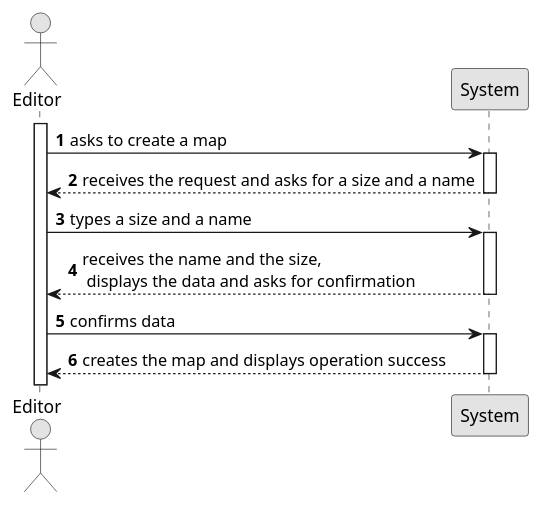
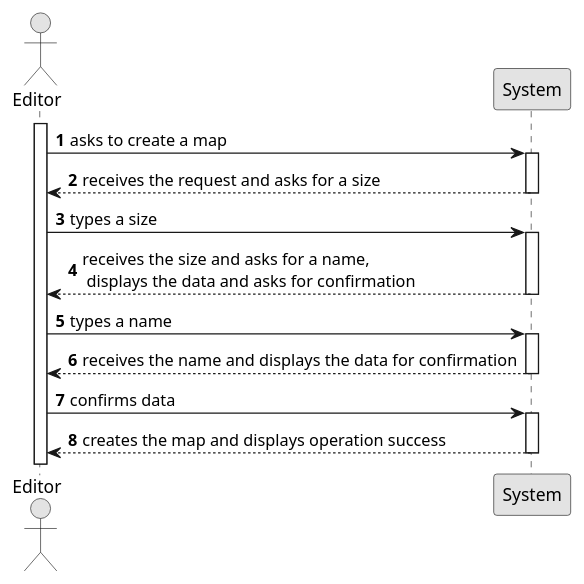
Before and after one commit to 1240935/pi2-railway-simulator: the diagram in Sprint2/US001/01.requirements-engineering/puml/US001-SSD.puml, drawn with PlantUML. The commit also changed 17 other files, not shown here.

```diff
--- a/Sprint2/US001/01.requirements-engineering/puml/US001-SSD.puml
+++ b/Sprint2/US001/01.requirements-engineering/puml/US001-SSD.puml
@@ -1,34 +1,39 @@
 @startuml
 skinparam monochrome true
 skinparam packageStyle rectangle
 skinparam shadowing false
 
 autonumber
 
 actor "Editor" as Editor
 participant "System" as System
 
 activate Editor
 
     Editor -> System : asks to create a map
     activate System
 
-        System --> Editor : receives the request and asks for a size and a name
+        System --> Editor : receives the request and asks for a size
     deactivate System
 
-    Editor -> System : types a size and a name
+    Editor -> System : types a size
     activate System
 
-        System --> Editor : receives the name and the size, \n displays the data and asks for confirmation
+        System --> Editor : receives the size and asks for a name, \n displays the data and asks for confirmation
+    deactivate System
 
-    deactivate System
+    Editor -> System : types a name
+    activate System
+
+    System --> Editor : receives the name and displays the data for confirmation
+            deactivate System
 
     Editor -> System : confirms data
 
     activate System
 
         System --> Editor : creates the map and displays operation success
     deactivate System
 
 
 @enduml
```
